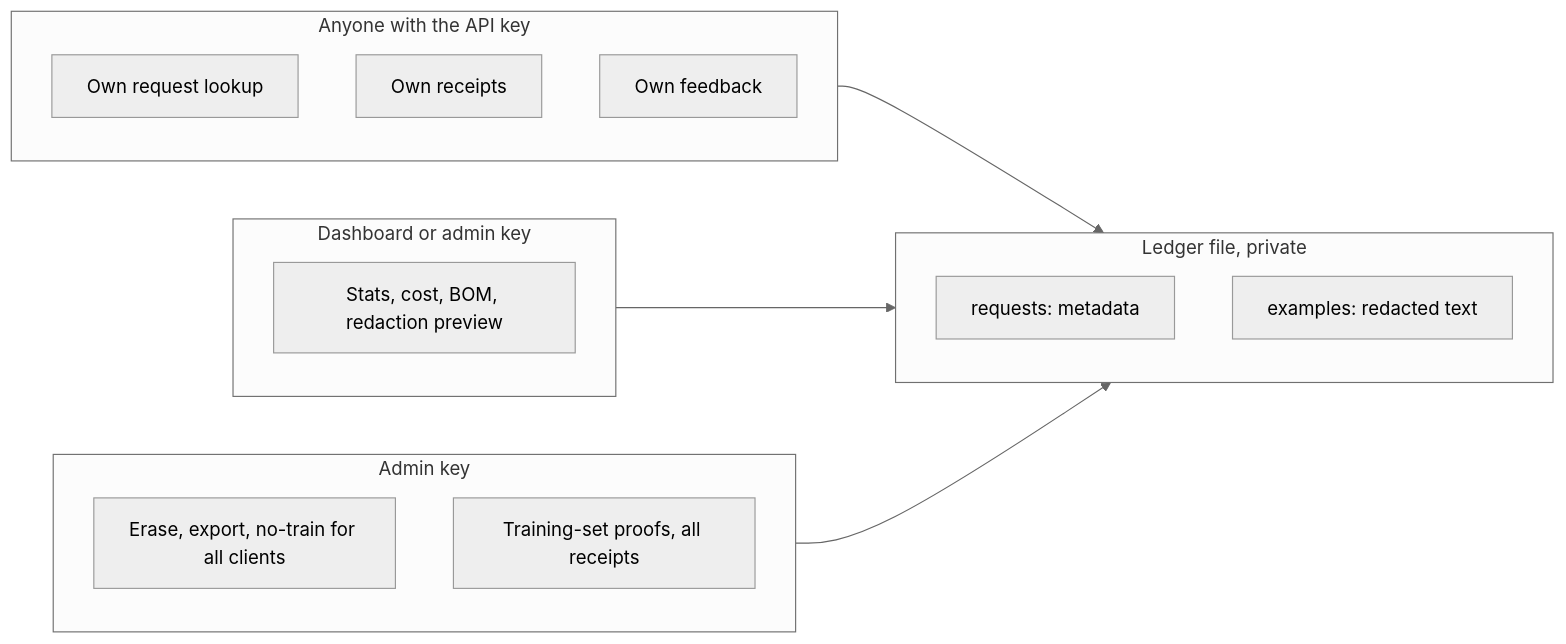
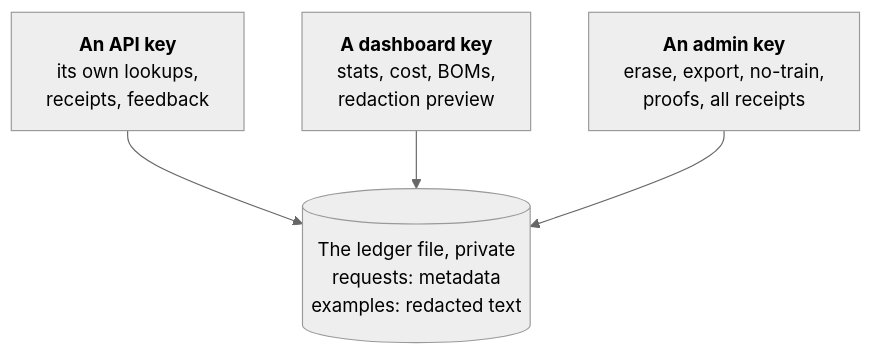
Before and after one commit to harshbhx/ratchet: the fourth of 5 diagrams in docs-site/src/content/docs/guides/ledger.mdx, drawn with Mermaid (neutral theme). The commit also changed other lines of this file and 25 other files, not shown here.

````diff
--- a/docs-site/src/content/docs/guides/ledger.mdx
+++ b/docs-site/src/content/docs/guides/ledger.mdx
@@ -124,22 +172,12 @@
 ```mermaid
-flowchart LR
-  subgraph Public["Anyone with the API key"]
-    A1["Own request lookup"]
-    A2["Own receipts"]
-    A3["Own feedback"]
-  end
-  subgraph Dash["Dashboard or admin key"]
-    B1["Stats, cost, BOM, redaction preview"]
-  end
-  subgraph Adm["Admin key"]
-    C1["Erase, export, no-train for all clients"]
-    C2["Training-set proofs, all receipts"]
-  end
-  subgraph Disk["Ledger file, private"]
-    D1["requests: metadata"]
-    D2["examples: redacted text"]
-  end
-  Public --> Disk
-  Dash --> Disk
-  Adm --> Disk
+flowchart TB
+  A1["<b>An API key</b><br/>its own lookups,<br/>receipts, feedback"]
+  B1["<b>A dashboard key</b><br/>stats, cost, BOMs,<br/>redaction preview"]
+  C1["<b>An admin key</b><br/>erase, export, no-train,<br/>proofs, all receipts"]
+  D[("The ledger file, private<br/>requests: metadata<br/>examples: redacted text")]
+  A1 --> D
+  B1 --> D
+  C1 --> D
+
+  class D store
 ```
````
